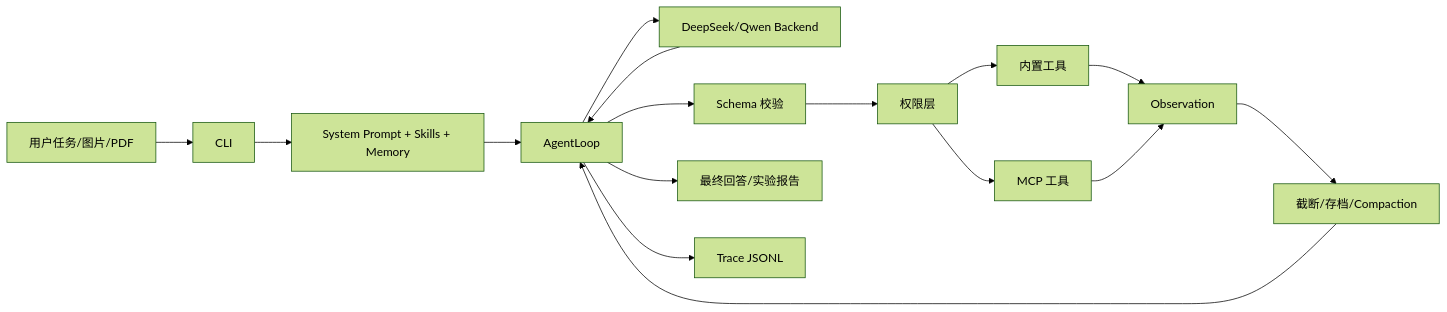
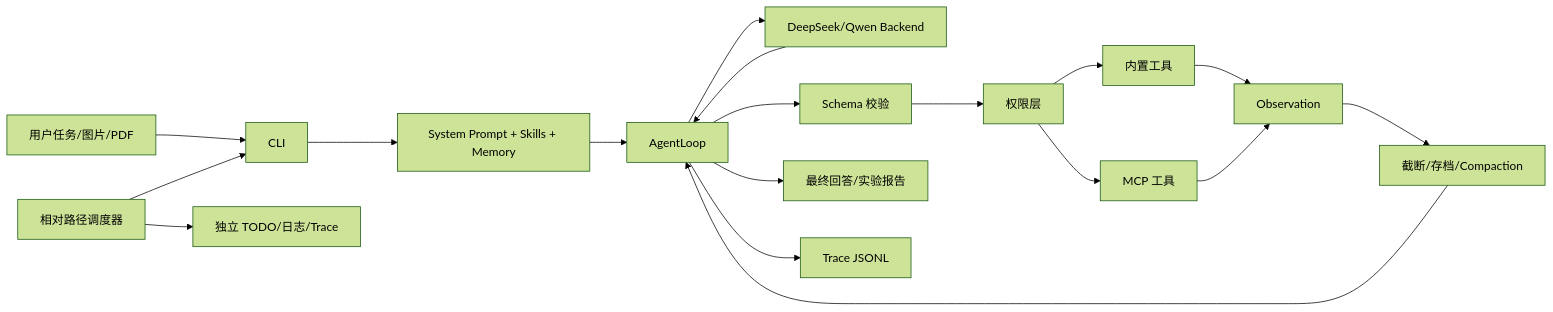
Before and after one commit to GreenTheRobot/mini-openclaw: the diagram in docs/architecture.md, drawn with Mermaid (forest theme). The commit also changed other lines of this file and 28 other files, not shown here.

````diff
--- a/docs/architecture.md
+++ b/docs/architecture.md
@@ -7,18 +7,20 @@
 ```mermaid
 flowchart LR
     U[用户任务/图片/PDF] --> CLI[CLI]
     CLI --> P[System Prompt + Skills + Memory]
     P --> L[AgentLoop]
     L --> B[DeepSeek/Qwen Backend]
     B --> L
     L --> V[Schema 校验]
     V --> S[权限层]
     S --> T[内置工具]
     S --> M[MCP 工具]
     T --> O[Observation]
     M --> O
     O --> C[截断/存档/Compaction]
     C --> L
     L --> R[最终回答/实验报告]
     L --> X[Trace JSONL]
+    J[相对路径调度器] --> CLI
+    J --> Q[独立 TODO/日志/Trace]
 ```
````
